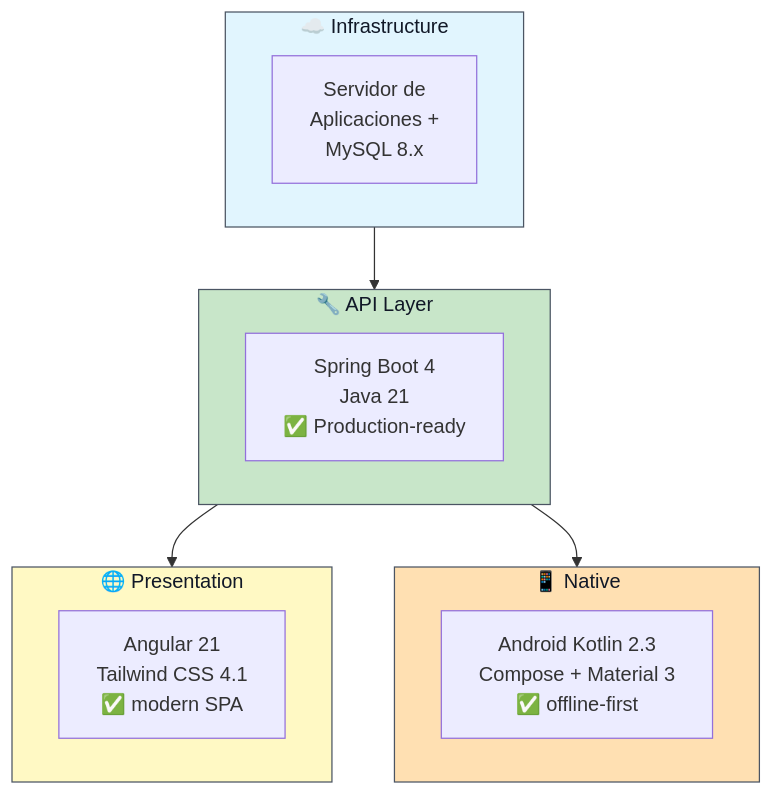
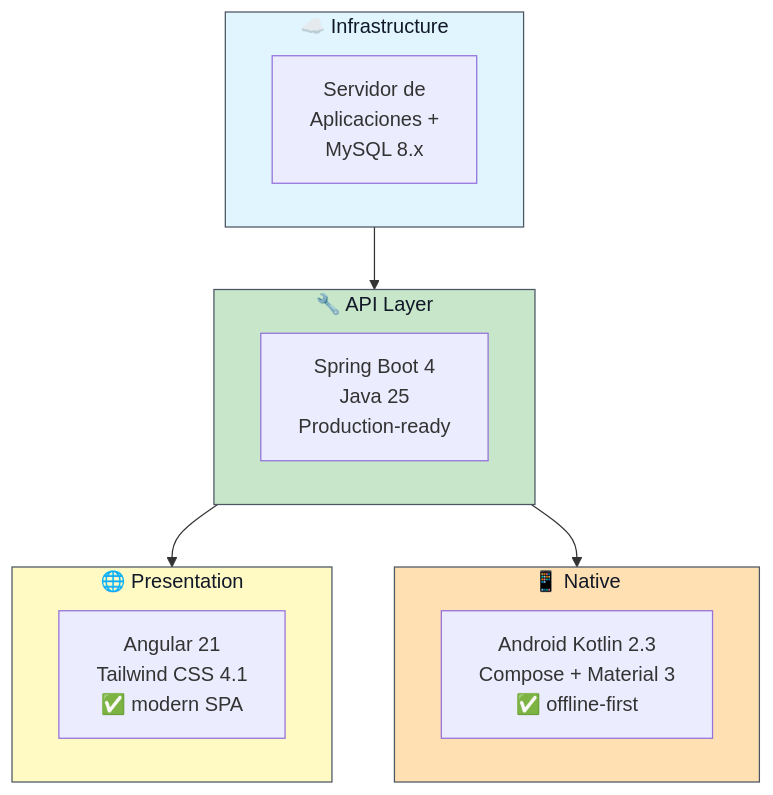
Before and after one commit to transparenciapublicadev/plataforma-saip-apelaciones: the third of 7 diagrams in docs/src/content/docs/introduccion/contexto-proyecto.mdx, drawn with Mermaid. The commit also changed other lines of this file and 20 other files, not shown here.

First line of the commit message:
📝 docs: update project domain rules, system architecture and REST API docs

````diff
--- a/docs/src/content/docs/introduccion/contexto-proyecto.mdx
+++ b/docs/src/content/docs/introduccion/contexto-proyecto.mdx
@@ -136,27 +136,27 @@
 ```mermaid
 graph TB
     subgraph Cloud["☁️ Infrastructure"]
         AWS["Servidor de<br/>Aplicaciones +<br/>MySQL 8.x"]
     end
     
     subgraph Backend["🔧 API Layer"]
-        Spring["Spring Boot 4<br/>Java 21<br/>✅ Production-ready"]
+        Spring["Spring Boot 4<br/>Java 25<br/>Production-ready"]
     end
     
     subgraph Frontend["🌐 Presentation"]
         Angular["Angular 21<br/>Tailwind CSS 4.1<br/>✅ modern SPA"]
     end
     
     subgraph Mobile["📱 Native"]
         Android["Android Kotlin 2.3<br/>Compose + Material 3<br/>✅ offline-first"]
     end
     
     Cloud --> Backend
     Backend --> Frontend
     Backend --> Mobile
     
     style Cloud fill:#e1f5fe,color:#111827,stroke:#4b5563,stroke-width:1px
     style Backend fill:#c8e6c9,color:#111827,stroke:#4b5563,stroke-width:1px
     style Frontend fill:#fff9c4,color:#111827,stroke:#4b5563,stroke-width:1px
     style Mobile fill:#ffe0b2,color:#111827,stroke:#4b5563,stroke-width:1px
 ```
````
